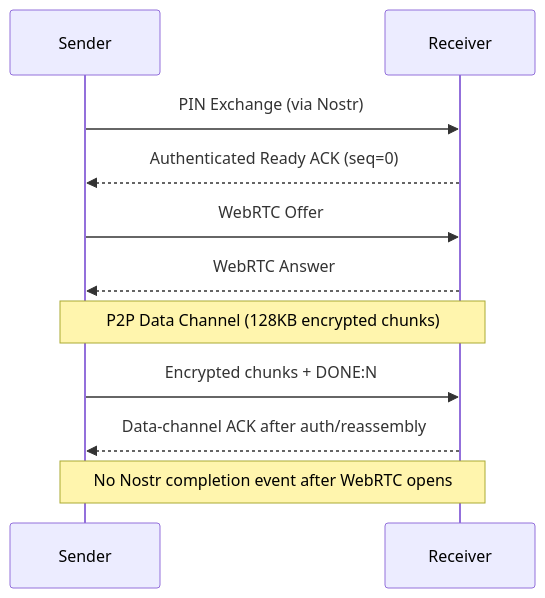
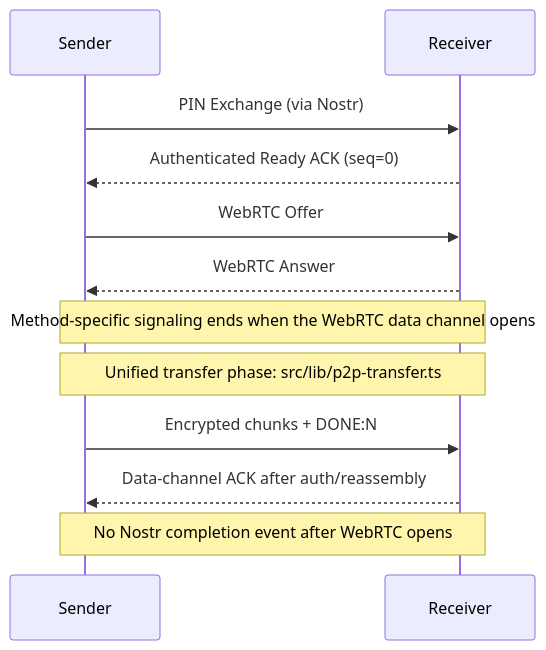
One commit to andrewtheguy/secure-send-web changed the second of 5 diagrams in docs/ARCHITECTURE.md. Above: the diagram before and after it, drawn with Mermaid. The commit also changed other lines of this file, not shown here.

Commit message:
refactor: update architecture documentation for clarity on WebRTC transfer principles and signaling methods

````diff
--- a/docs/ARCHITECTURE.md
+++ b/docs/ARCHITECTURE.md
@@ -34,13 +62,14 @@
 ```mermaid
 sequenceDiagram
     participant Sender
     participant Receiver
     Sender->>Receiver: PIN Exchange (via Nostr)
     Receiver-->>Sender: Authenticated Ready ACK (seq=0)
     Sender->>Receiver: WebRTC Offer
     Receiver-->>Sender: WebRTC Answer
-    Note over Sender,Receiver: P2P Data Channel (128KB encrypted chunks)
+    Note over Sender,Receiver: Method-specific signaling ends when the WebRTC data channel opens
+    Note over Sender,Receiver: Unified transfer phase: src/lib/p2p-transfer.ts
     Sender->>Receiver: Encrypted chunks + DONE:N
     Receiver-->>Sender: Data-channel ACK after auth/reassembly
     Note over Sender,Receiver: No Nostr completion event after WebRTC opens
 ```
````
